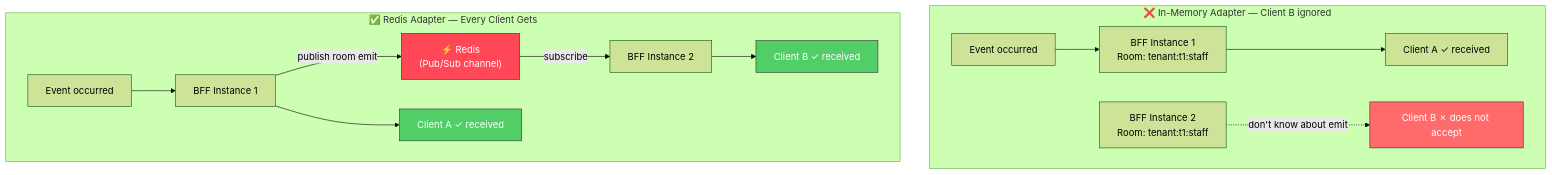
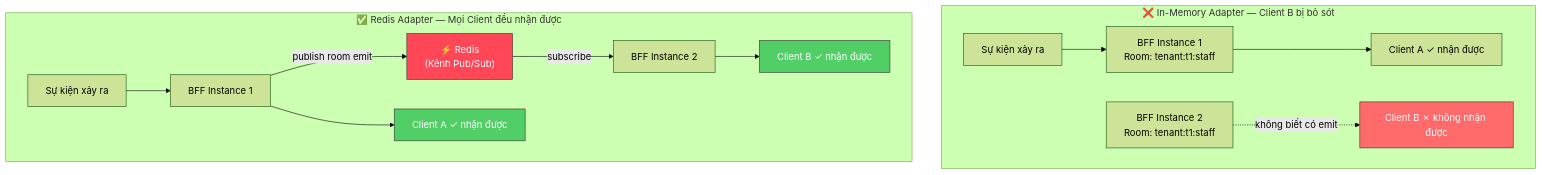
Before and after one commit to quan-vo-dinh/saas-pos-microservices-qrtable: the ninth of 11 diagrams in docs/guides/websocket-socketio-qrtable.md, drawn with Mermaid (forest theme). The commit also changed other lines of this file and 8 other files, not shown here.

Commit message:
docs: update architecture guides, codebase map, and consolidation plans

````diff
--- a/docs/guides/websocket-socketio-qrtable.md
+++ b/docs/guides/websocket-socketio-qrtable.md
@@ -692,34 +692,34 @@
 ```mermaid
 graph TB
-subgraph "❌ In-Memory Adapter — Client B ignored"
-EVENT1["Event occurred"]
+subgraph "❌ In-Memory Adapter — Client B bị bỏ sót"
+        EVENT1["Sự kiện xảy ra"]
         I1["BFF Instance 1\nRoom: tenant:t1:staff"]
         I2["BFF Instance 2\nRoom: tenant:t1:staff"]
-C1["Client A ✓ received"]
-C2["Client B ✗ does not accept"]
+        C1["Client A ✓ nhận được"]
+        C2["Client B ✗ không nhận được"]
 
         EVENT1 --> I1
         I1 --> C1
-I2 -.->|"don't know about emit"| C2
+        I2 -.->|"không biết có emit"| C2
     end
 
-subgraph "✅ Redis Adapter — Every Client Gets"
-EVENT2["Event occurred"]
+subgraph "✅ Redis Adapter — Mọi Client đều nhận được"
+        EVENT2["Sự kiện xảy ra"]
         I3["BFF Instance 1"]
-        REDIS["⚡ Redis\n(Pub/Sub channel)"]
+        REDIS["⚡ Redis\n(Kênh Pub/Sub)"]
         I4["BFF Instance 2"]
-C3["Client A ✓ received"]
-C4["Client B ✓ received"]
+        C3["Client A ✓ nhận được"]
+        C4["Client B ✓ nhận được"]
 
         EVENT2 --> I3
         I3 -->|"publish room emit"| REDIS
         REDIS -->|"subscribe"| I4
         I3 --> C3
         I4 --> C4
     end
 
     style REDIS fill:#ff4757,stroke:#333,color:#fff
     style C2 fill:#ff6b6b,stroke:#333,color:#fff
     style C3 fill:#51cf66,stroke:#333,color:#fff
     style C4 fill:#51cf66,stroke:#333,color:#fff
 ```
````
